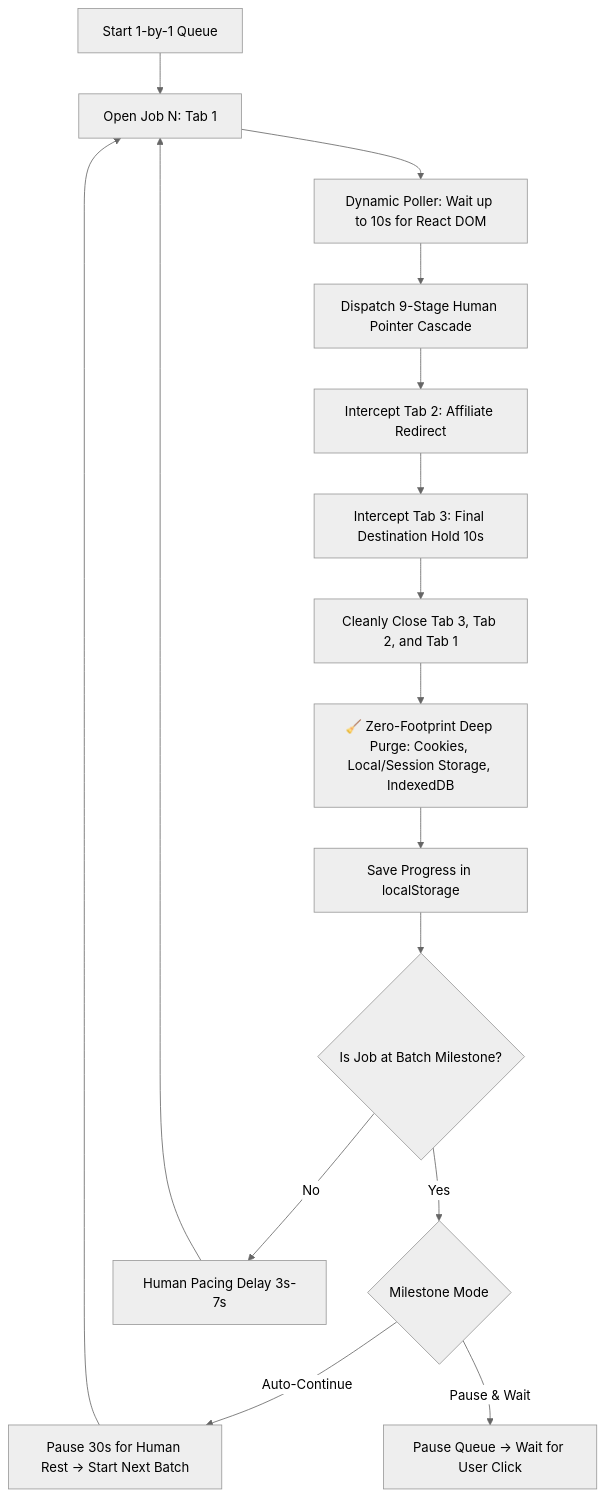
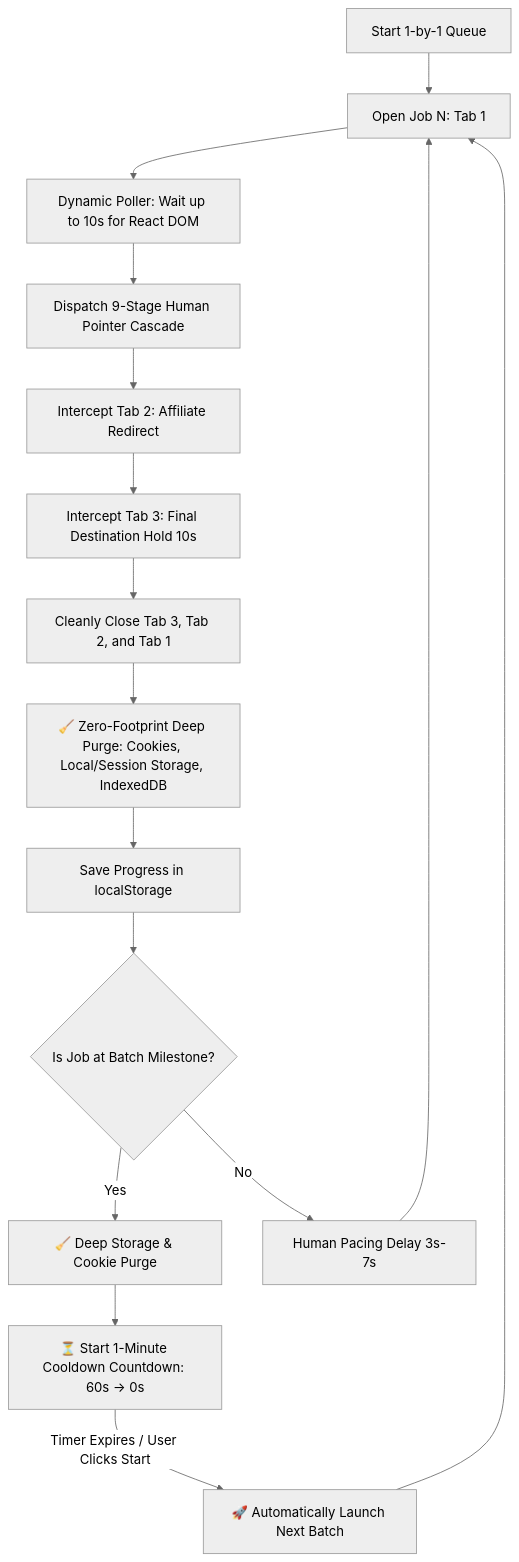
The diagram in docs/auto-applier.md (Naman-mahi/zero-footprint), drawn with Mermaid (neutral theme) before and after one commit. The commit also changed other lines of this file and 7 other files, not shown here.

````diff
--- a/docs/auto-applier.md
+++ b/docs/auto-applier.md
@@ -13,18 +13,18 @@
 ```mermaid
 flowchart TD
     A[Start 1-by-1 Queue] --> B[Open Job N: Tab 1]
     B --> C[Dynamic Poller: Wait up to 10s for React DOM]
     C --> D[Dispatch 9-Stage Human Pointer Cascade]
     D --> E[Intercept Tab 2: Affiliate Redirect]
     E --> F[Intercept Tab 3: Final Destination Hold 10s]
     F --> G[Cleanly Close Tab 3, Tab 2, and Tab 1]
     G --> H[🧹 Zero-Footprint Deep Purge: Cookies, Local/Session Storage, IndexedDB]
     H --> I[Save Progress in localStorage]
     I --> J{Is Job at Batch Milestone?}
-    J -->|Yes| K{Milestone Mode}
-    K -->|Auto-Continue| L[Pause 30s for Human Rest -> Start Next Batch]
-    K -->|Pause & Wait| M[Pause Queue -> Wait for User Click]
+    J -->|Yes| K[🧹 Deep Storage & Cookie Purge]
+    K --> L[⏳ Start 1-Minute Cooldown Countdown: 60s -> 0s]
+    L -->|Timer Expires / User Clicks Start| M[🚀 Automatically Launch Next Batch]
+    M --> B
     J -->|No| N[Human Pacing Delay 3s-7s]
     N --> B
-    L --> B
 ```
````
